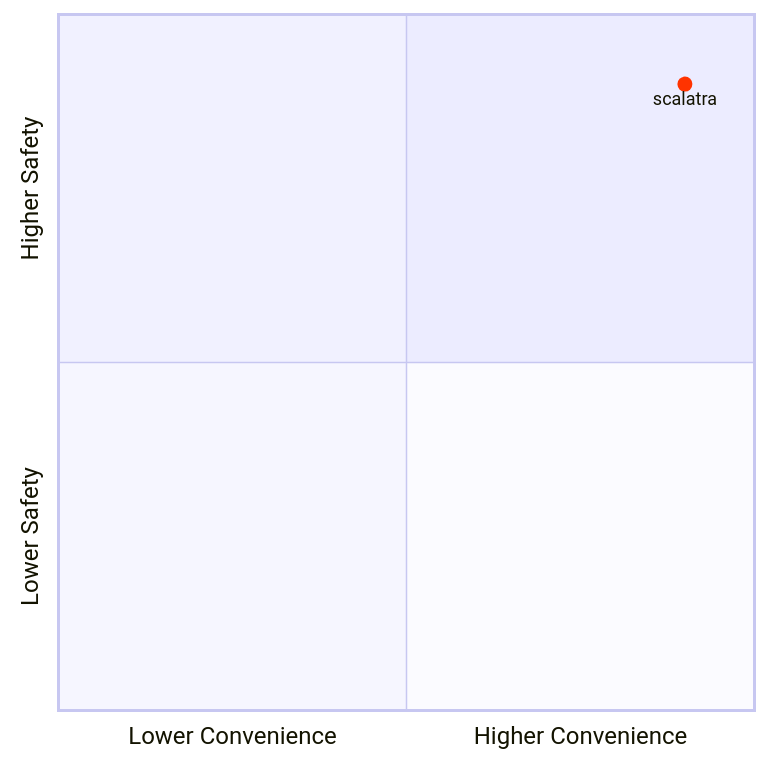
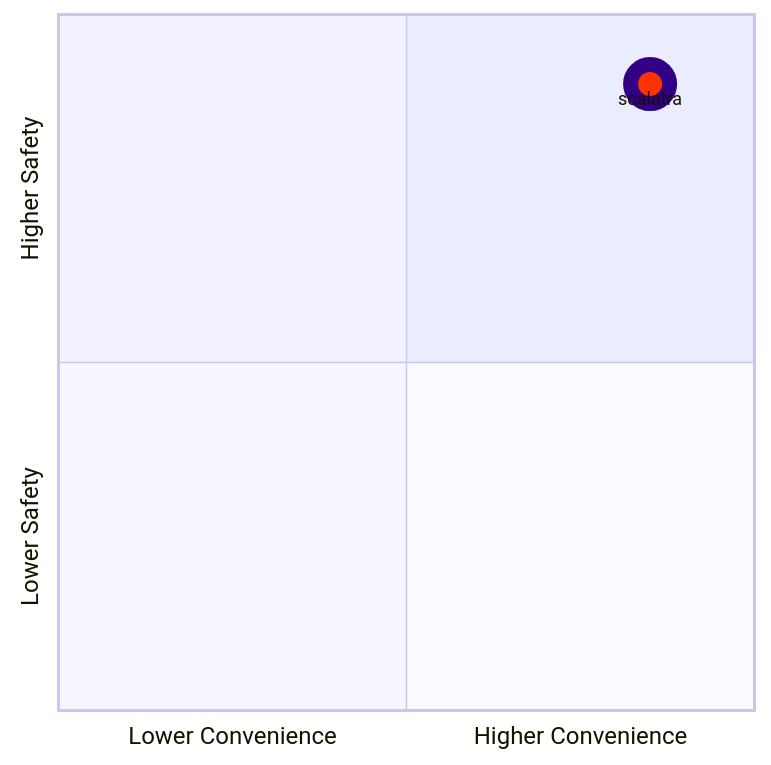
Before and after one commit to polyvariant/flavors-of-scala: the second of 14 diagrams in slides/http.md, drawn with Mermaid. The commit also changed other lines of this file and 3 other files, not shown here.

Commit message:
Improve the http flow, simplify, remove slides

````diff
--- a/slides/http.md
+++ b/slides/http.md
@@ -406,11 +221,11 @@
-```mermaid {scale: 0.8}
+```mermaid {scale: 0.9}
 quadrantChart
   x-axis Lower Convenience --> Higher Convenience
   y-axis Lower Safety --> Higher Safety
-  scalatra:::scalatra: [0.9, 0.9]
+  scalatra:::scalatra: [0.85, 0.9]
 
-  classDef scalatra color: #ff3300
-  classDef play color: #109060
-  classDef class2 color: #908342, radius : 10, stroke-color: #310085, stroke-width: 10px
-  classDef class3 color: #f00fff, radius : 10
+  classDef scalatra color: #ff3300, radius : 13, stroke-color: #310085, stroke-width: 10px
+  classDef akka color: #109060, radius : 8
+  classDef http4s color: #f00fff, radius : 8
+  classDef tapir color: #F99111
 ```
````
